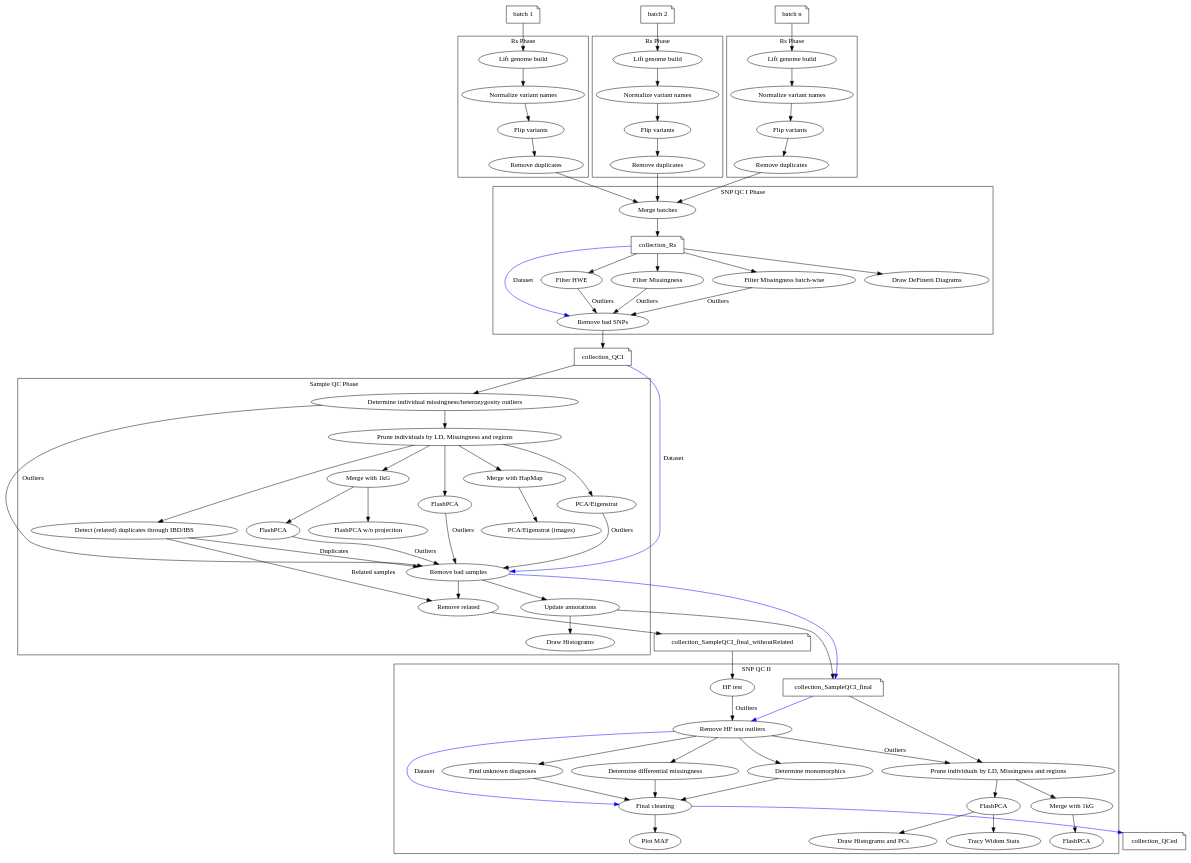
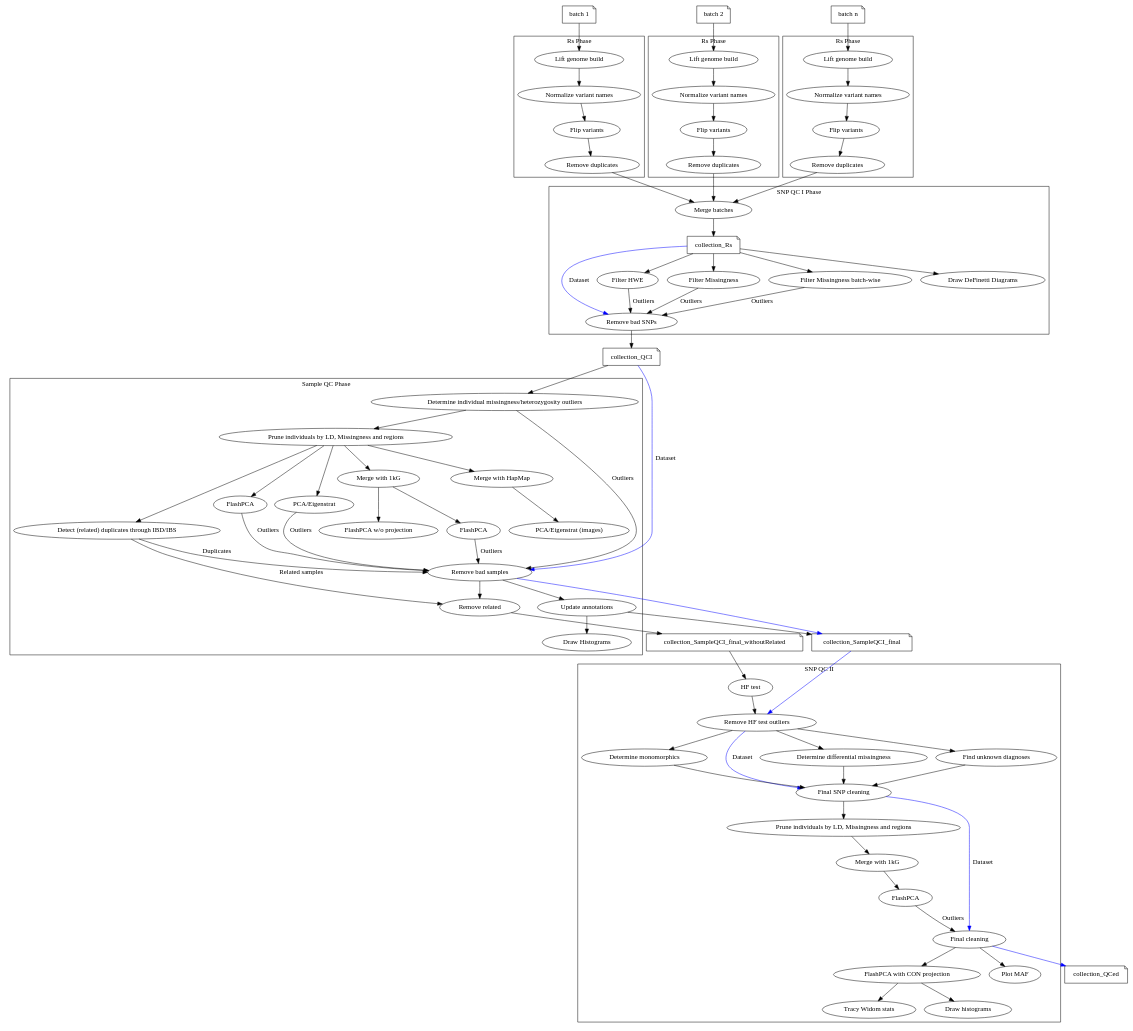
The diagram in qc-graph.dot (ikmb/gwas-qc), drawn with Graphviz before and after one commit. The commit also changed 2 other files, not shown here.

Commit message:
replace obsolete SNP Relate with FlashPCA

```diff
--- a/qc-graph.dot
+++ b/qc-graph.dot
@@ -1,160 +1,170 @@
 digraph {
   {
     # dataset names
     node [shape=note]
     batch1 [label="batch 1"]
     batch2 [label="batch 2"]
     batchn [label="batch n"]
 
     after_QCI_merge [label="collection_Rs"];
     after_QCI [label="collection_QCI"];
 
     SampleQC_final [label="collection_SampleQCI_final"];
     SampleQC_final_wr [label="collection_SampleQCI_final_withoutRelated"];
 
     final [label="collection_QCed"];
     
   }
 
   {
     # process names
     rs_clean_namesa [label="Lift genome build"]
     rs_norm_variantsa [label="Normalize variant names"]
     rs_flipa [label="Flip variants"]
     rs_duplicatesa [label="Remove duplicates"]
     
     rs_clean_namesb [label="Lift genome build"]
     rs_norm_variantsb [label="Normalize variant names"]
     rs_flipb [label="Flip variants"]
     rs_duplicatesb [label="Remove duplicates"]
     
     rs_clean_namesc [label="Lift genome build"]
     rs_norm_variantsc [label="Normalize variant names"]
     rs_flipc [label="Flip variants"]
     rs_duplicatesc [label="Remove duplicates"]
   }
 
 
   subgraph cluster_1 {
     rs_clean_namesa -> rs_norm_variantsa -> rs_flipa -> rs_duplicatesa;
     label="Rs Phase";
   }
 
   subgraph cluster_2 {
     rs_clean_namesb -> rs_norm_variantsb -> rs_flipb -> rs_duplicatesb;
     label="Rs Phase";
   }
 
   subgraph cluster_3 {
     rs_clean_namesc -> rs_norm_variantsc -> rs_flipc -> rs_duplicatesc;
     label="Rs Phase";
   }
 
   batch1 -> rs_clean_namesa;
   rs_duplicatesa -> "Merge batches";
 
   batch2 -> rs_clean_namesb;
   rs_duplicatesb  -> "Merge batches";
 
   batchn -> rs_clean_namesc;
   rs_duplicatesc  -> "Merge batches";
 
 
   subgraph cluster_snpqci {
     color=black;
     node [style=filled,color=white];
     label="SNP QC I Phase";
 
     node [style=ellipse,color=black];
 
     snpqci_remove[label="Remove bad SNPs"];
 
     "Merge batches" -> after_QCI_merge;
     after_QCI_merge -> {"Filter HWE" "Filter Missingness" "Filter Missingness batch-wise" "Draw DeFinetti Diagrams"};
 
     "Filter HWE" -> snpqci_remove [label="Outliers"];
     "Filter Missingness" -> snpqci_remove [label="Outliers"];
     "Filter Missingness batch-wise" -> snpqci_remove [label="Outliers"];
     after_QCI_merge -> snpqci_remove [color=blue,label="Dataset"];
 
   }
 
   subgraph cluster_sampleqci {
     label="Sample QC Phase";
 
     sampleqci_miss_het [label="Determine individual missingness/heterozygosity outliers"];
 
     sampleqci_miss_het -> prune;
 
     prune [label="Prune individuals by LD, Missingness and regions"];
     pca_eigen1 [label="PCA/Eigenstrat (images)"];
     pca_eigen2 [label="PCA/Eigenstrat"];
     sampleqc_remove_bad [label="Remove bad samples"];
     pca_flash1 [label="FlashPCA"];
 
     prune -> "Detect (related) duplicates through IBD/IBS";
     "Detect (related) duplicates through IBD/IBS" -> sampleqc_remove_bad [label="Duplicates"];
 
     prune -> "Merge with HapMap" -> pca_eigen1;
     prune -> "Merge with 1kG" -> pca_flash1;
     pca_flash1 -> sampleqc_remove_bad [label="Outliers"];
 
     prune -> pca_eigen2;
     pca_eigen2 -> sampleqc_remove_bad [label="Outliers"];
     prune -> FlashPCA;
     FlashPCA -> sampleqc_remove_bad [label="Outliers"];
     sampleqci_miss_het -> sampleqc_remove_bad [label="Outliers"];
 
     sampleqc_remove_bad -> "Update annotations" -> "Draw Histograms";
 
     "Merge with 1kG" -> "FlashPCA w/o projection";
 
     sampleqc_remove_bad -> "Remove related";
     
     "Detect (related) duplicates through IBD/IBS" -> "Remove related" [label="Related samples"];
     
   }
 
   snpqci_remove -> after_QCI;
   after_QCI-> sampleqci_miss_het;
   after_QCI -> sampleqc_remove_bad [color=blue, label="Dataset"];
 
   "Update annotations" -> SampleQC_final;
   
   "Remove related" -> SampleQC_final_wr;
   SampleQC_final_wr -> "HF test";
   
   sampleqc_remove_bad -> SampleQC_final [color=blue];
 
 
   subgraph cluster_snpqcii {
     label="SNP QC II";
     "HF test";
     qc2_prune [label="Prune individuals by LD, Missingness and regions"];
-    qc2_flashpca_prune [label="FlashPCA"];
-    qc2_tracy_widom [label="Tracy Widom Stats"];
     qc2_merge_1kg [label="Merge with 1kG"];
     qc2_1kg_flashpca [label="FlashPCA"];
 
-    SampleQC_final -> qc2_prune;
-    "HF test" -> "Remove HF test outliers" -> qc2_prune [label="Outliers"];
-    qc2_prune -> qc2_flashpca_prune -> "Draw Histograms and PCs";
+    # SampleQC_final -> qc2_prune;
+    "HF test" -> "Remove HF test outliers";
+    #-> qc2_prune [label="Outliers"];
     qc2_prune -> qc2_merge_1kg -> qc2_1kg_flashpca;
+    qc2_1kg_flashpca -> "Final cleaning" [label="Outliers"];
+    
 
-    qc2_flashpca_prune -> qc2_tracy_widom;
+#    qc2_flashpca_prune -> qc2_tracy_widom;
 
-    "Remove HF test outliers" -> "Determine monomorphics" -> "Final cleaning";
-    "Remove HF test outliers" -> "Determine differential missingness" -> "Final cleaning";
-    "Remove HF test outliers" -> "Find unknown diagnoses" -> "Final cleaning";
+    "Remove HF test outliers" -> "Determine monomorphics" -> "Final SNP cleaning";
+    "Remove HF test outliers" -> "Determine differential missingness" -> "Final SNP cleaning";
+    "Remove HF test outliers" -> "Find unknown diagnoses" -> "Final SNP cleaning";
 
-    "Remove HF test outliers" -> "Final cleaning" [color="blue", label="Dataset"];
+    "Remove HF test outliers" -> "Final SNP cleaning" [color="blue", label="Dataset"];
+    "Final SNP cleaning" -> qc2_prune;
+    "Final SNP cleaning" -> "Final cleaning" [color="blue", label="Dataset"];
+
+    qc2_final_flashpca [label="FlashPCA with CON projection"];
+    qc2_final_tw [label="Tracy Widom stats"];
+    qc2_final_histos [label="Draw histograms"];
+    
     "Final cleaning" -> "Plot MAF";
+    "Final cleaning" -> qc2_final_flashpca;
+    qc2_final_flashpca -> qc2_final_tw;
+    qc2_final_flashpca -> qc2_final_histos;
     
   }
 
   SampleQC_final -> "Remove HF test outliers" [color=blue];
 
   "Final cleaning" -> final [color="blue"];
   
   
 }
```
